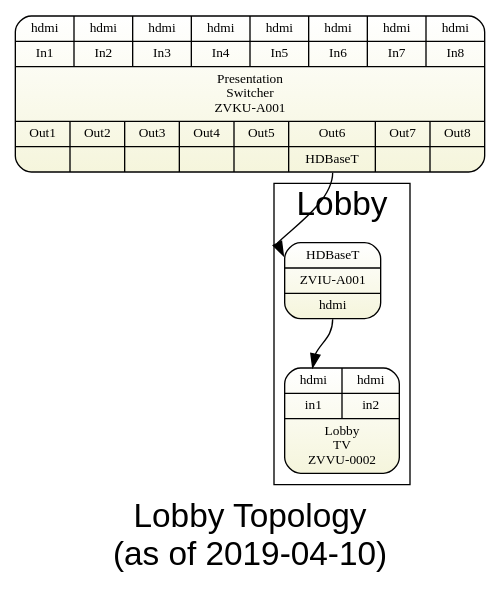
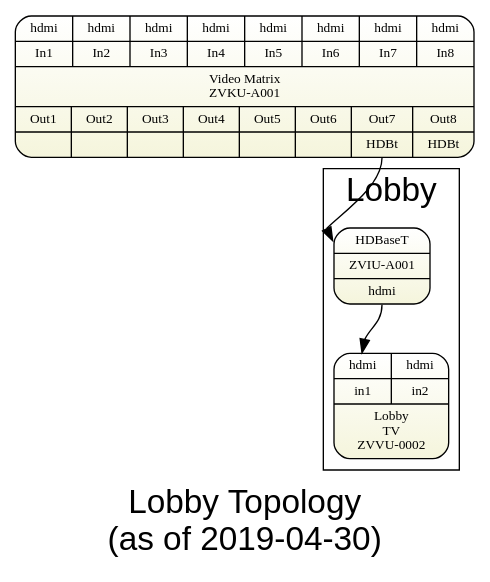
Before and after one commit to avmaint/uactechdoc: the diagram in sdv-topology3-lobby.gv, drawn with Graphviz. The commit also changed 7 other files, not shown here.

Commit message:
Remapping of wiring between ATEM and Video Matrix plus other updates

```diff
--- a/sdv-topology3-lobby.gv
+++ b/sdv-topology3-lobby.gv
@@ -1,23 +1,24 @@
 digraph lobby { 
 graph [overlap = true, fontsize = 25, rankdir=TB
-      label="Lobby Topology\n(as of 2019-04-10)",
+      label="Lobby Topology\n(as of 2019-04-30)",
       fontname = Helvetica]
  
 node [shape=Mrecord, style=filled , fillcolor="white:beige" ,fontsize = 10, 
       gradientangle=270]
 pswitch [label="{
   {{<i1>hdmi|In1}|{<i2>hdmi|In2}|{<i3>hdmi|In3}|{<i4>hdmi|In4}|{<i5>hdmi|In5}|{<i6>hdmi|In6}|{<i7>hdmi|In7}|{<i8>hdmi|In8}}
-  |{Presentation\nSwitcher\nZVKU-A001}|
-  {{Out1|<o1>}|{Out2|<o2>}|{Out3|<o3>}|{Out4|<o4>}|{Out5|<o5>}|{Out6|<o6>HDBaseT}|{Out7|<o7>}|{Out8|<o8>}}  
+  |{Video Matrix\nZVKU-A001}|
+  {{Out1|<o1>}|{Out2|<o2>}|{Out3|<o3>}|{Out4|<o4>}|
+   {Out5|<o5>}|{Out6|<o6>}|{Out7|<o7>HDBt}|{Out8|<o8>HDBt}}  
   }"]
   
 node [  tooltip="" ]
 
 subgraph cluster_lobby { label="Lobby" 
   c62hdmi1   [label="{<i>HDBaseT|ZVIU-A001|<o>hdmi}", tooltip="In lobby"]
   lobbytv  [label="{ {{<i1>hdmi|in1} | {<i2>hdmi|in2}}|Lobby\nTV\nZVVU-0002}"]
 }
 
-pswitch:o6 -> c62hdmi1:i
+pswitch:o7 -> c62hdmi1:i
 c62hdmi1:o -> lobbytv:i1
 }
```
